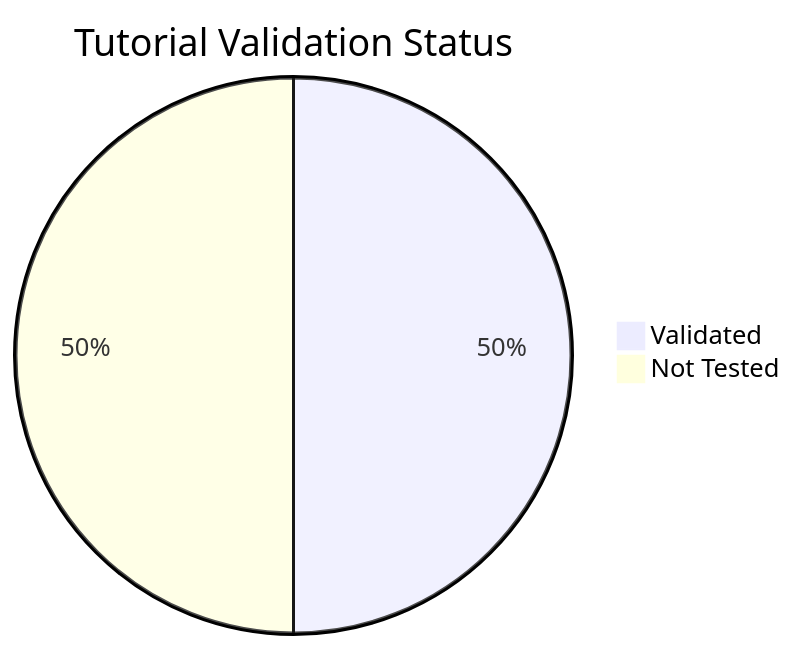
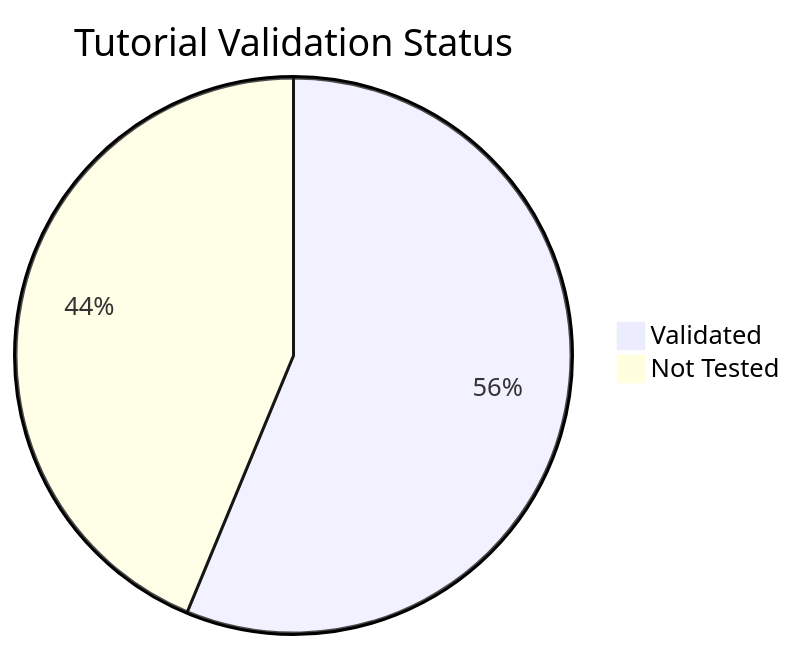
Before and after one commit to yeongseon/azure-functions-practical-guide: the diagram in docs/reference/validation-status.md, drawn with Mermaid. The commit also changed other lines of this file and 7 other files, not shown here.

````diff
--- a/docs/reference/validation-status.md
+++ b/docs/reference/validation-status.md
@@ -17,5 +17,5 @@
 ```mermaid
 pie title Tutorial Validation Status
-    "Validated" : 56
-    "Not Tested" : 56
+    "Validated" : 63
+    "Not Tested" : 49
 ```
````
